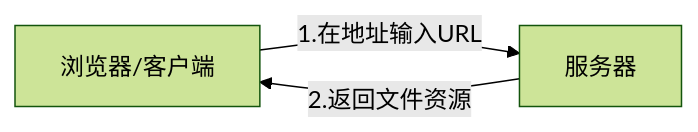
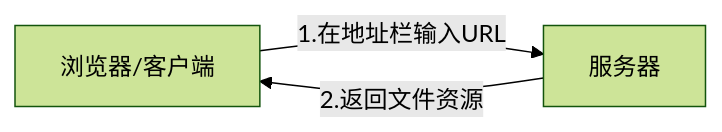
One commit to shiestCode/BlankRoom changed the first of 4 diagrams in 学习笔记/计算机网络/HTTP.md. Above: the diagram before and after it, drawn with Mermaid (forest theme). The commit also changed other lines of this file, not shown here.

````diff
--- a/学习笔记/计算机网络/HTTP.md
+++ b/学习笔记/计算机网络/HTTP.md
@@ -9,7 +9,7 @@
 ```mermaid
 graph LR
 browser[浏览器/客户端]
 server[服务器]
-browser--1.在地址输入URL-->server
+browser--1.在地址栏输入URL-->server
 server--2.返回文件资源-->browser
 ```
````
